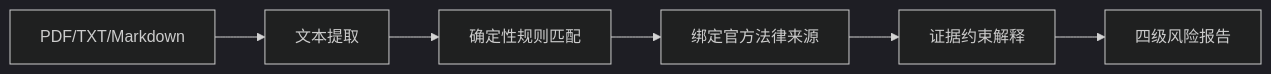
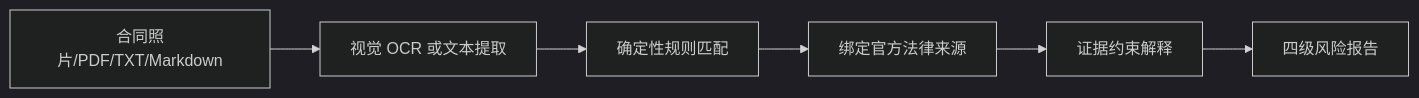
The diagram in docs/contract-review.md (jayagentworks/rentwise-ai), drawn with Mermaid (dark theme) before and after one commit. The commit also changed other lines of this file and 12 other files, not shown here.

````diff
--- a/docs/contract-review.md
+++ b/docs/contract-review.md
@@ -7,8 +7,8 @@
 ```mermaid
 flowchart LR
-    Upload[PDF/TXT/Markdown] --> Extract[文本提取]
+    Upload[合同照片/PDF/TXT/Markdown] --> Extract[视觉 OCR 或文本提取]
     Extract --> Rules[确定性规则匹配]
     Rules --> Sources[绑定官方法律来源]
     Sources --> LLM[证据约束解释]
     LLM --> Report[四级风险报告]
 ```
````
